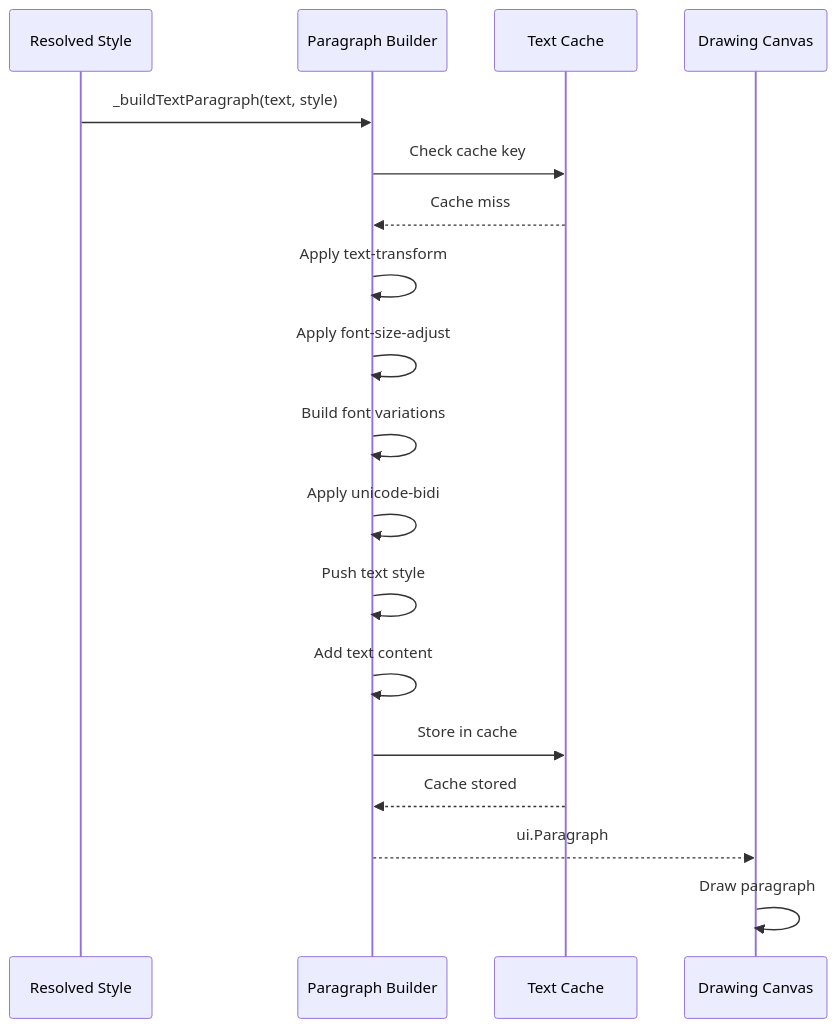
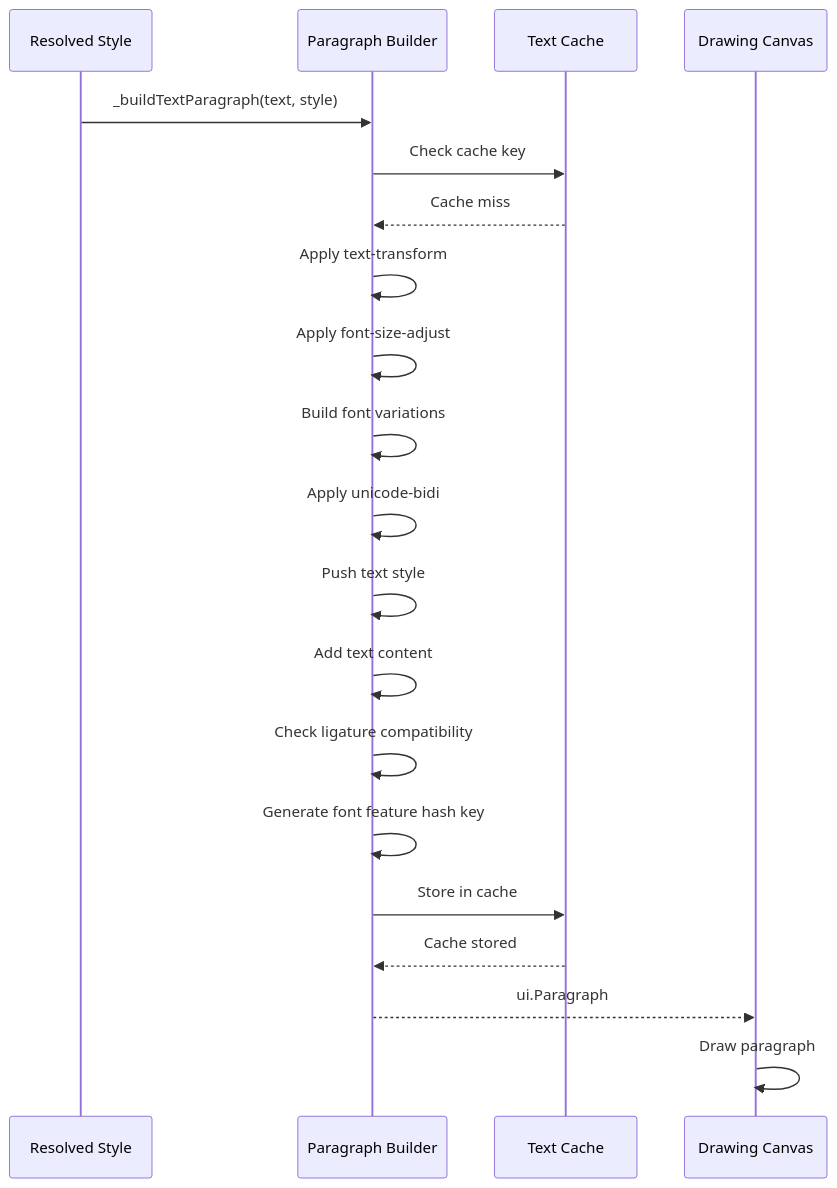
Before and after one commit to denisnadey/flutter_full_svg_support: the ninth of 13 diagrams in .qoder/repowiki/en/content/Animated SVG Support/Advanced Animation Features/Enhanced Text Styling System/Enhanced Text Styling System.md, drawn with Mermaid. The commit also changed other lines of this file and 10 other files, not shown here.

````diff
--- a/.qoder/repowiki/en/content/Animated SVG Support/Advanced Animation Features/Enhanced Text Styling System/Enhanced Text Styling System.md
+++ b/.qoder/repowiki/en/content/Animated SVG Support/Advanced Animation Features/Enhanced Text Styling System/Enhanced Text Styling System.md
@@ -483,20 +574,22 @@
 ```mermaid
 sequenceDiagram
 participant Style as Resolved Style
 participant Builder as Paragraph Builder
 participant Cache as Text Cache
 participant Canvas as Drawing Canvas
 Style->>Builder : _buildTextParagraph(text, style)
 Builder->>Cache : Check cache key
 Cache-->>Builder : Cache miss
 Builder->>Builder : Apply text-transform
 Builder->>Builder : Apply font-size-adjust
 Builder->>Builder : Build font variations
 Builder->>Builder : Apply unicode-bidi
 Builder->>Builder : Push text style
 Builder->>Builder : Add text content
+Builder->>Builder : Check ligature compatibility
+Builder->>Builder : Generate font feature hash key
 Builder->>Cache : Store in cache
 Cache-->>Builder : Cache stored
 Builder-->>Canvas : ui.Paragraph
 Canvas->>Canvas : Draw paragraph
 ```
````
